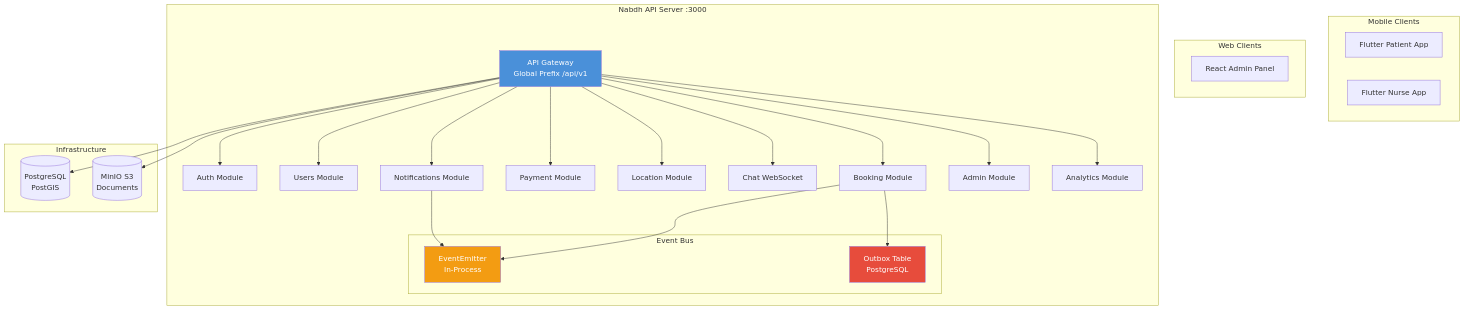
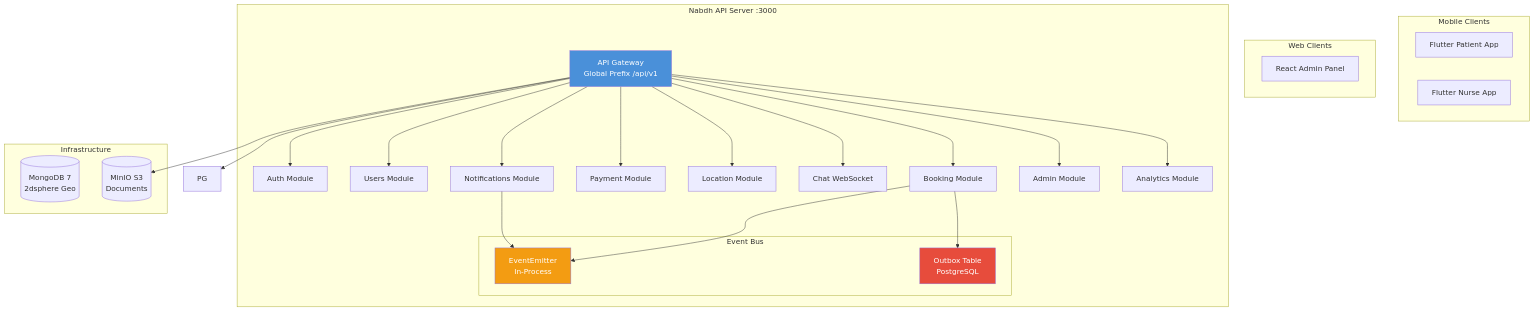
One commit to Zahrannnn/nabdh-backend changed the diagram in docs/architecture.md. Above: the diagram before and after it, drawn with Mermaid. The commit also changed other lines of this file and 63 other files, not shown here.

````diff
--- a/docs/architecture.md
+++ b/docs/architecture.md
@@ -9,42 +9,42 @@
 ```mermaid
 graph TB
     subgraph "Mobile Clients"
         P[Flutter Patient App]
         N[Flutter Nurse App]
     end
     subgraph "Web Clients"
         A[React Admin Panel]
     end
     subgraph "Nabdh API Server :3000"
         GW[API Gateway<br/>Global Prefix /api/v1]
         GW --> Auth[Auth Module]
         GW --> Users[Users Module]
         GW --> Booking[Booking Module]
         GW --> Payment[Payment Module]
         GW --> Location[Location Module]
         GW --> Chat[Chat WebSocket]
         GW --> Notif[Notifications Module]
         GW --> Admin[Admin Module]
         GW --> Analytics[Analytics Module]
         
         subgraph "Event Bus"
             EE[EventEmitter<br/>In-Process]
             OB[Outbox Table<br/>PostgreSQL]
         end
         
         Booking --> EE
         Notif --> EE
         Booking --> OB
     end
     subgraph "Infrastructure"
-        PG[(PostgreSQL<br/>PostGIS)]
+        DB[(MongoDB 7<br/>2dsphere Geo)]
         MN[(MinIO S3<br/>Documents)]
     end
     
     GW --> PG
     GW --> MN
     
     style GW fill:#4a90d9,color:#fff
     style EE fill:#f39c12,color:#fff
     style OB fill:#e74c3c,color:#fff
 ```
````
